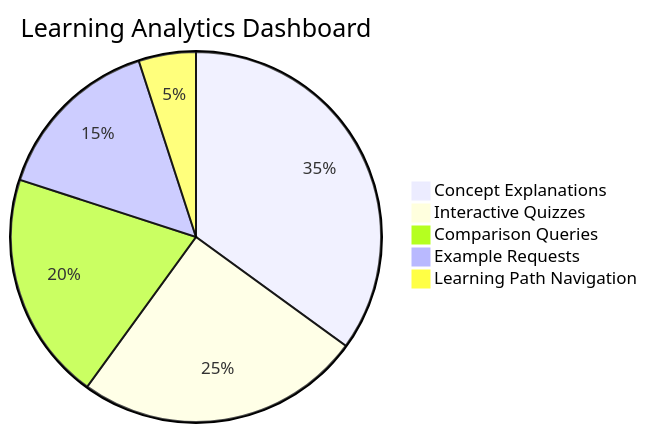
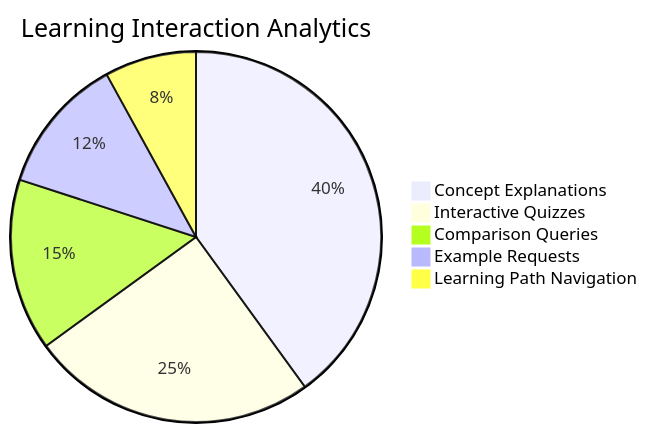
Before and after one commit to bkeelapudi/Adtech-tech-teaching-assistant: the tenth of 14 diagrams in blog_post.md, drawn with Mermaid. The commit also changed other lines of this file, not shown here.

````diff
--- a/blog_post.md
+++ b/blog_post.md
@@ -458,8 +564,8 @@
 ```mermaid
-pie title Learning Analytics Dashboard
-    "Concept Explanations" : 35
+pie title Learning Interaction Analytics
+    "Concept Explanations" : 40
     "Interactive Quizzes" : 25
-    "Comparison Queries" : 20
-    "Example Requests" : 15
-    "Learning Path Navigation" : 5
+    "Comparison Queries" : 15
+    "Example Requests" : 12
+    "Learning Path Navigation" : 8
 ```
````
